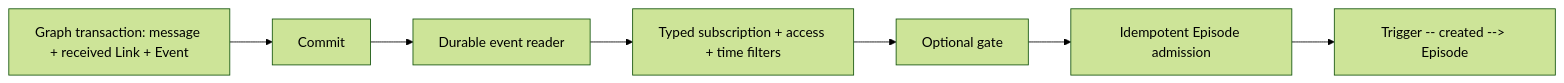
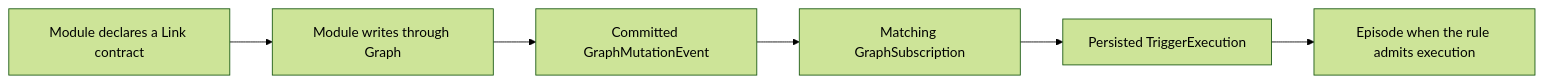
One commit to 0xmikko/magnis changed the third of 3 diagrams in docs/vision.md. Above: the diagram before and after it, drawn with Mermaid (forest theme). The commit also changed other lines of this file and 1 other file, not shown here.

Commit message:
docs(graph): simplify subscriptions and defer execution logic

````diff
--- a/docs/vision.md
+++ b/docs/vision.md
@@ -2321,9 +2179,8 @@
 ```mermaid
 flowchart LR
-  T[Graph transaction: message + received Link + Event] --> C[Commit]
-  C --> D[Durable event reader]
-  D --> F[Typed subscription + access + time filters]
-  F --> G[Optional gate]
-  G --> E[Idempotent Episode admission]
-  E --> R[Trigger -- created --> Episode]
+  M[Module declares a Link contract] --> G[Module writes through Graph]
+  G --> E[Committed GraphMutationEvent]
+  E --> S[Matching GraphSubscription]
+  S --> T[Persisted TriggerExecution]
+  T --> P[Episode when the rule admits execution]
 ```
````
